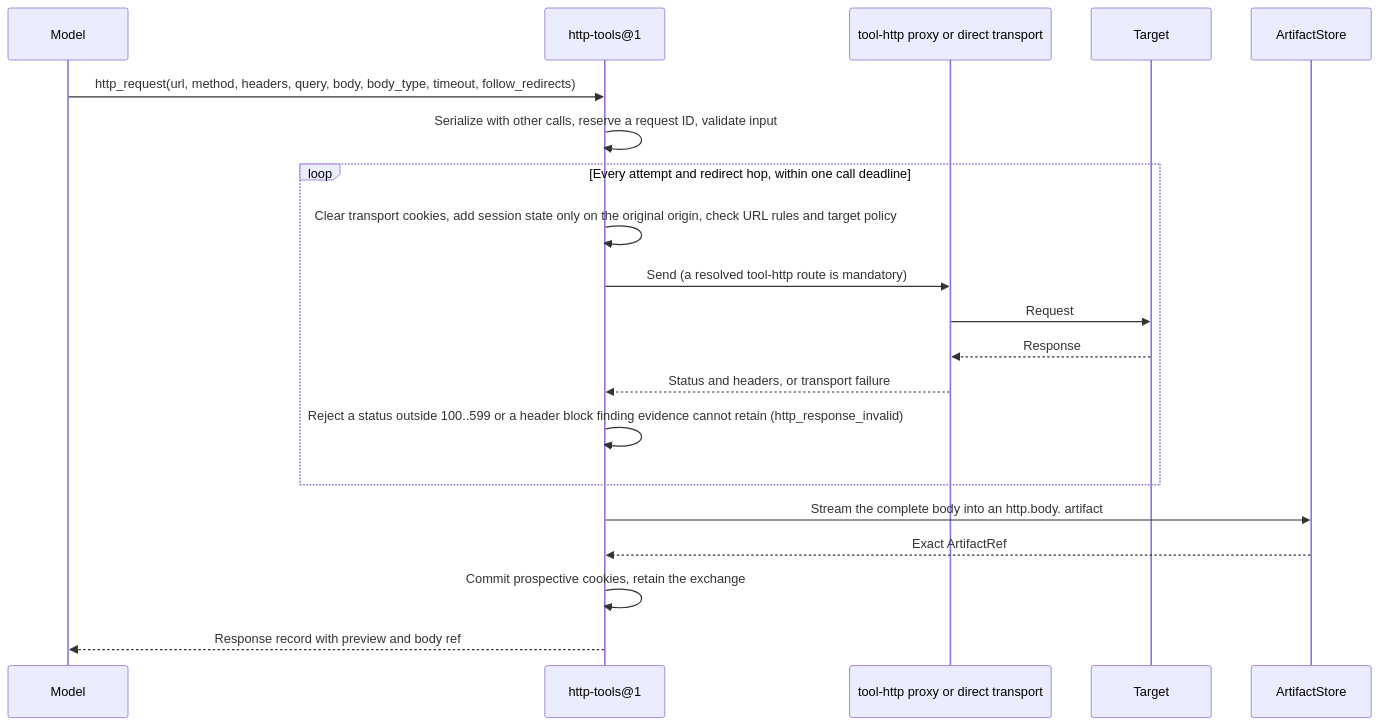
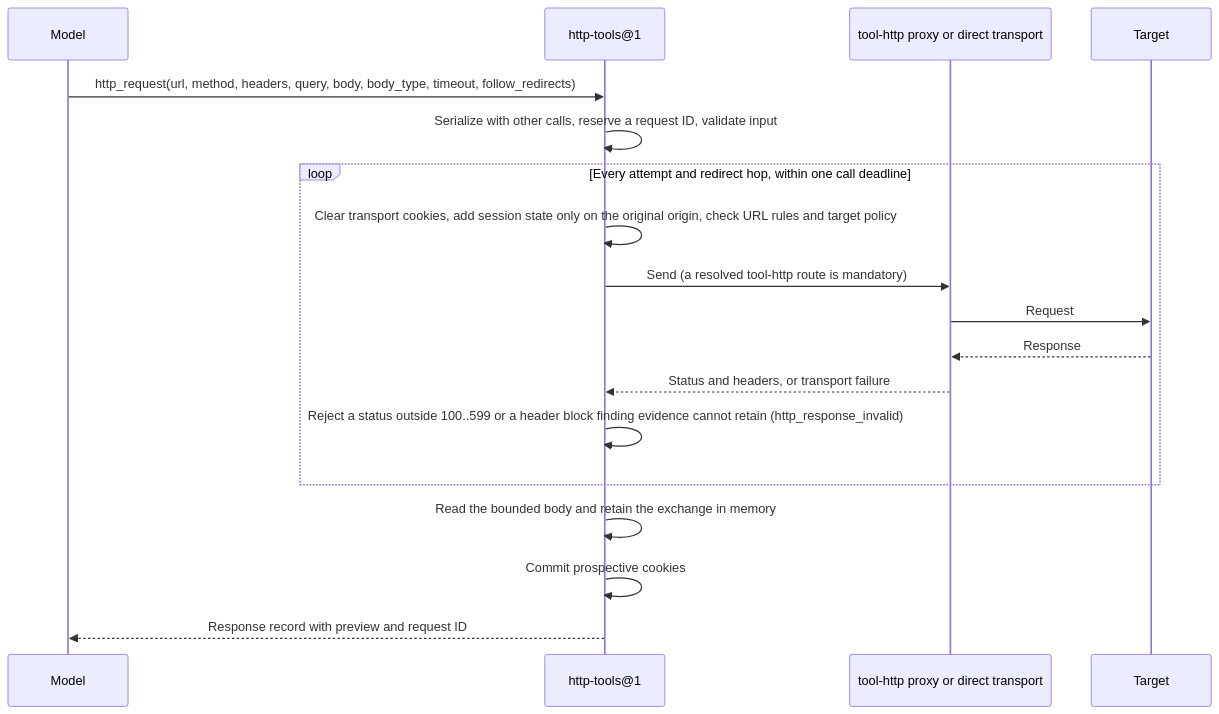
Before and after one commit to grauwolf32/contractor: the second of 4 diagrams in docs/spec/tools/http-caido.md, drawn with Mermaid. The commit also changed other lines of this file and 49 other files, not shown here.

First line of the commit message:
feat(http): retain only finding-selected exchanges

````diff
--- a/docs/spec/tools/http-caido.md
+++ b/docs/spec/tools/http-caido.md
@@ -142,22 +144,20 @@
 ```mermaid
 sequenceDiagram
     participant M as Model
     participant H as http-tools@1
     participant R as tool-http proxy or direct transport
     participant T as Target
-    participant A as ArtifactStore
     M->>H: http_request(url, method, headers, query, body, body_type, timeout, follow_redirects)
     H->>H: Serialize with other calls, reserve a request ID, validate input
     loop Every attempt and redirect hop, within one call deadline
         H->>H: Clear transport cookies, add session state only on the original origin, check URL rules and target policy
         H->>R: Send (a resolved tool-http route is mandatory)
         R->>T: Request
         T-->>R: Response
         R-->>H: Status and headers, or transport failure
         H->>H: Reject a status outside 100..599 or a header block finding evidence cannot retain (http_response_invalid)
     end
-    H->>A: Stream the complete body into an http.body. artifact
-    A-->>H: Exact ArtifactRef
-    H->>H: Commit prospective cookies, retain the exchange
-    H-->>M: Response record with preview and body ref
+    H->>H: Read the bounded body and retain the exchange in memory
+    H->>H: Commit prospective cookies
+    H-->>M: Response record with preview and request ID
 ```
````
